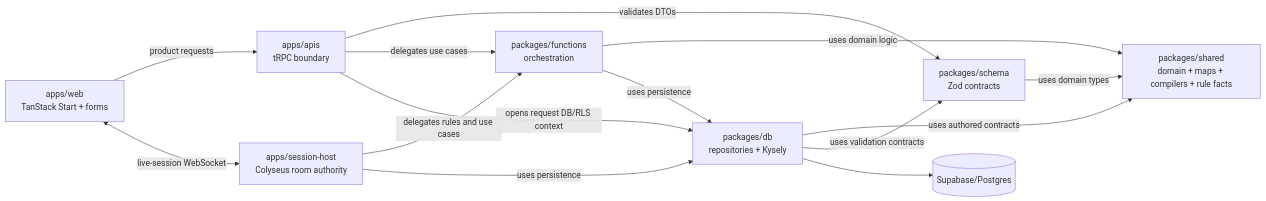
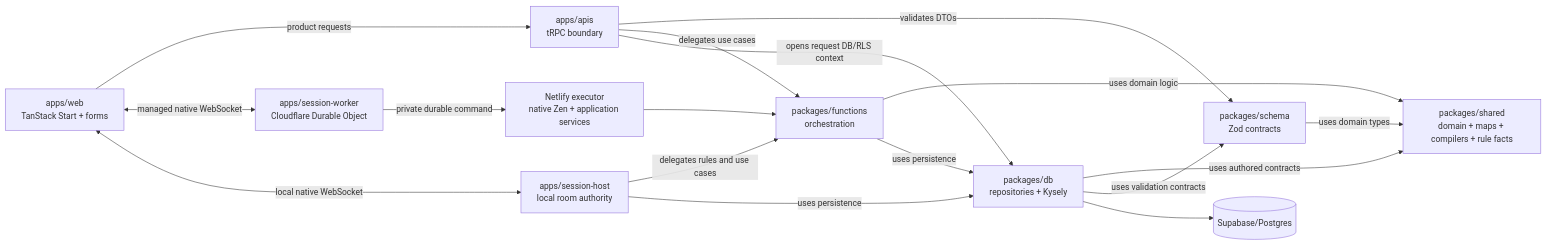
One commit to MPiland/artificer-toolkit changed the diagram in docs/architecture/overview.md. Above: the diagram before and after it, drawn with Mermaid. The commit also changed other lines of this file and 237 other files, not shown here.

````diff
--- a/docs/architecture/overview.md
+++ b/docs/architecture/overview.md
@@ -16,16 +16,19 @@
 ```mermaid
 flowchart LR
   Web["apps/web<br/>TanStack Start + forms"] -->|product requests| API["apps/apis<br/>tRPC boundary"]
   API -->|validates DTOs| Schema["packages/schema<br/>Zod contracts"]
   API -->|delegates use cases| Functions["packages/functions<br/>orchestration"]
   API -->|opens request DB/RLS context| DB["packages/db<br/>repositories + Kysely"]
-  Web <-->|live-session WebSocket| SessionHost["apps/session-host<br/>Colyseus room authority"]
+  Web <-->|managed native WebSocket| SessionWorker["apps/session-worker<br/>Cloudflare Durable Object"]
+  SessionWorker -->|private durable command| NetlifyExecutor["Netlify executor<br/>native Zen + application services"]
+  NetlifyExecutor --> Functions
+  Web <-->|local native WebSocket| SessionHost["apps/session-host<br/>local room authority"]
   SessionHost -->|delegates rules and use cases| Functions
   SessionHost -->|uses persistence| DB
   Functions -->|uses domain logic| Shared["packages/shared<br/>domain + maps + compilers + rule facts"]
   Functions -->|uses persistence| DB
   DB -->|uses authored contracts| Shared
   DB -->|uses validation contracts| Schema
   Schema -->|uses domain types| Shared
   DB --> Supabase[(Supabase/Postgres)]
 ```
````
